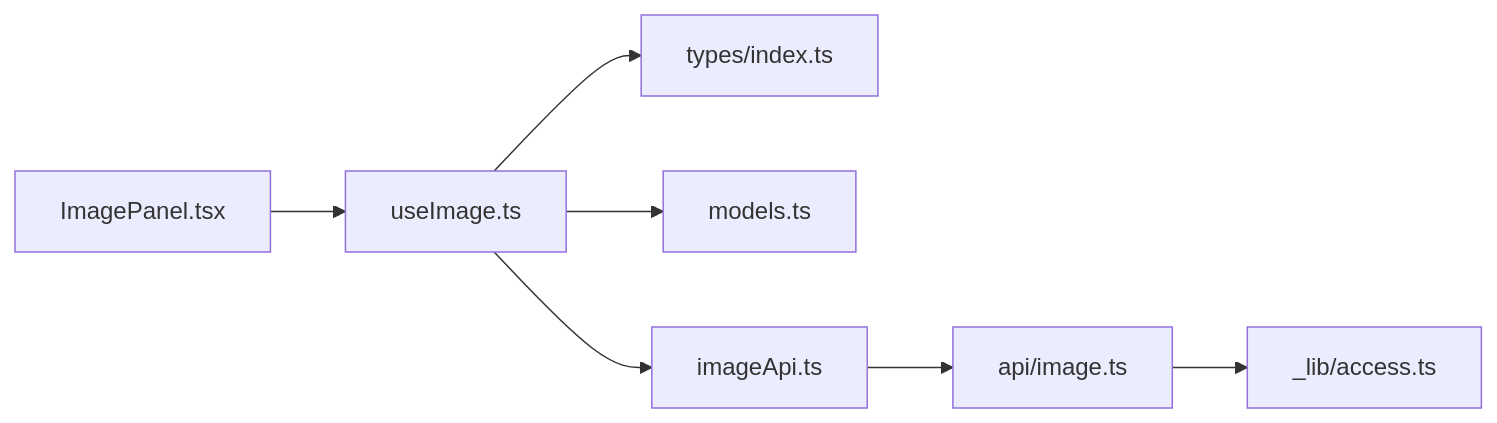
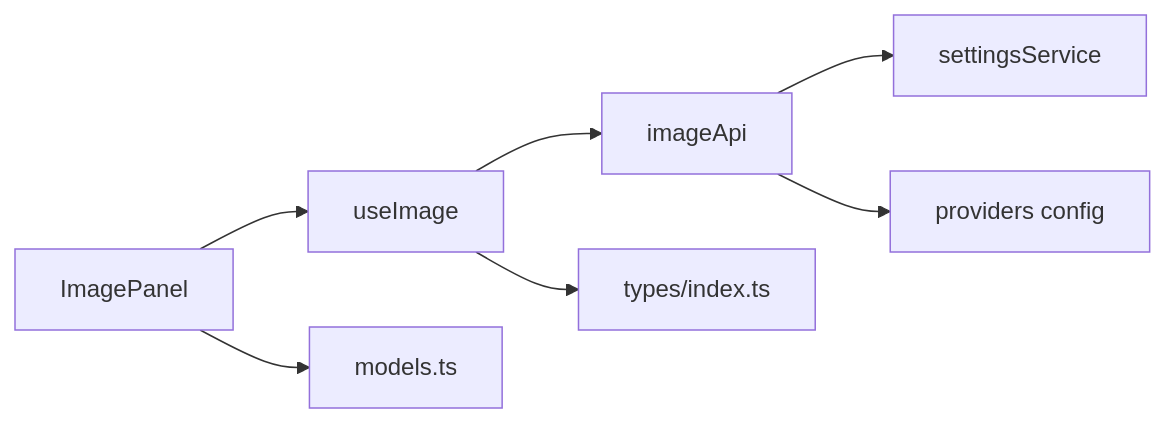
The sixth of 6 diagrams in .qoder/repowiki/zh/content/图像生成功能/图像生成功能.md (billye220670/AIShop), drawn with Mermaid before and after one commit. The commit also changed other lines of this file and 135 other files, not shown here.

````diff
--- a/.qoder/repowiki/zh/content/图像生成功能/图像生成功能.md
+++ b/.qoder/repowiki/zh/content/图像生成功能/图像生成功能.md
@@ -360,9 +236,9 @@
 ```mermaid
 graph LR
-UI["ImagePanel.tsx"] --> Hook["useImage.ts"]
-Hook --> Types["types/index.ts"]
-Hook --> Cfg["models.ts"]
-Hook --> Svc["imageApi.ts"]
-Svc --> API["api/image.ts"]
-API --> Lib["_lib/access.ts"]
+ImagePanel --> useImage
+useImage --> imageApi
+useImage --> Types["types/index.ts"]
+imageApi --> Settings["settingsService"]
+imageApi --> Providers["providers config"]
+ImagePanel --> Models["models.ts"]
 ```
````
